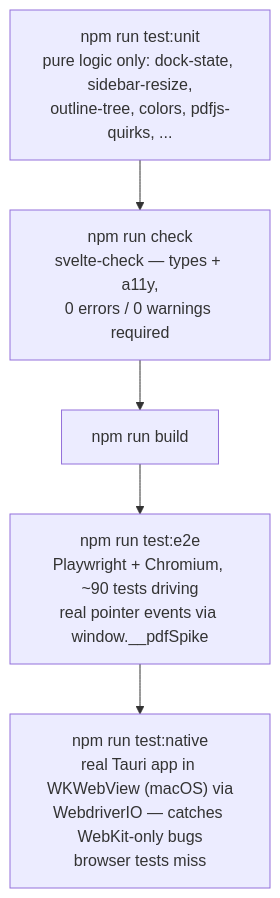
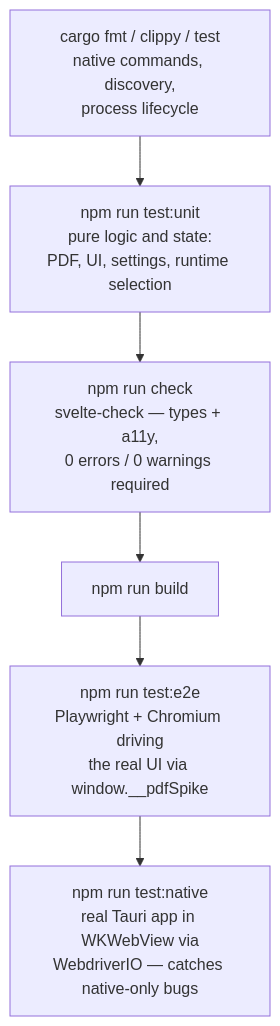
Before and after one commit to cfchou/chive: diagram 12 of 12 in docs/code-design.md, drawn with Mermaid. The commit also changed other lines of this file and 3 other files, not shown here.

Commit message:
Document runtime discovery design

````diff
--- a/docs/code-design.md
+++ b/docs/code-design.md
@@ -507,10 +548,11 @@
 ```mermaid
 flowchart TD
-    Unit["npm run test:unit\npure logic only: dock-state, sidebar-resize,\noutline-tree, colors, pdfjs-quirks, ..."]
-    Check["npm run check\nsvelte-check — types + a11y,\n0 errors / 0 warnings required"]
+    Rust["cargo fmt / clippy / test<br>native commands, discovery,<br>process lifecycle"]
+    Unit["npm run test:unit<br>pure logic and state:<br>PDF, UI, settings, runtime selection"]
+    Check["npm run check<br>svelte-check — types + a11y,<br>0 errors / 0 warnings required"]
     Build["npm run build"]
-    E2E["npm run test:e2e\nPlaywright + Chromium, ~90 tests driving\nreal pointer events via window.__pdfSpike"]
-    Native["npm run test:native\nreal Tauri app in WKWebView (macOS) via\nWebdriverIO — catches WebKit-only bugs\nbrowser tests miss"]
+    E2E["npm run test:e2e<br>Playwright + Chromium driving<br>the real UI via window.__pdfSpike"]
+    Native["npm run test:native<br>real Tauri app in WKWebView via<br>WebdriverIO — catches native-only bugs"]
 
-    Unit --> Check --> Build --> E2E --> Native
+    Rust --> Unit --> Check --> Build --> E2E --> Native
 ```
````
